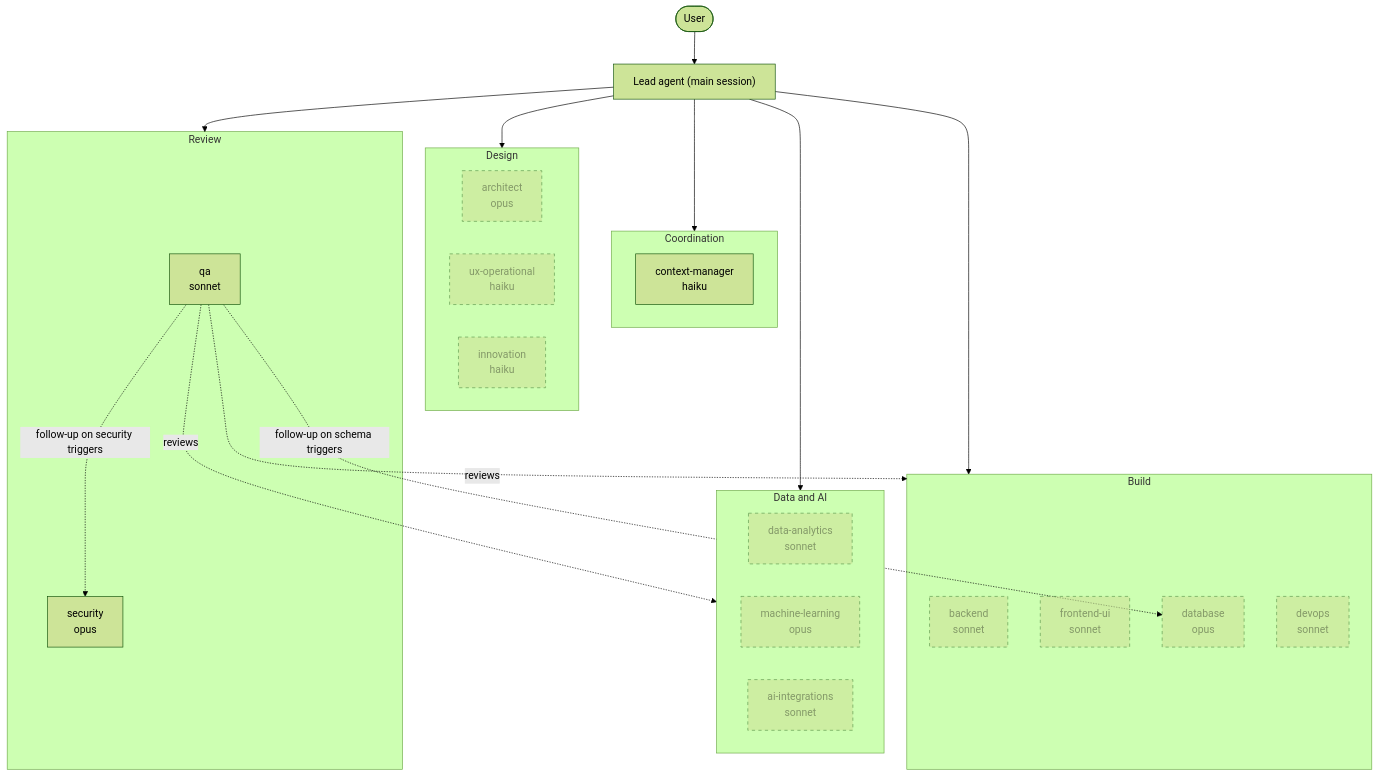
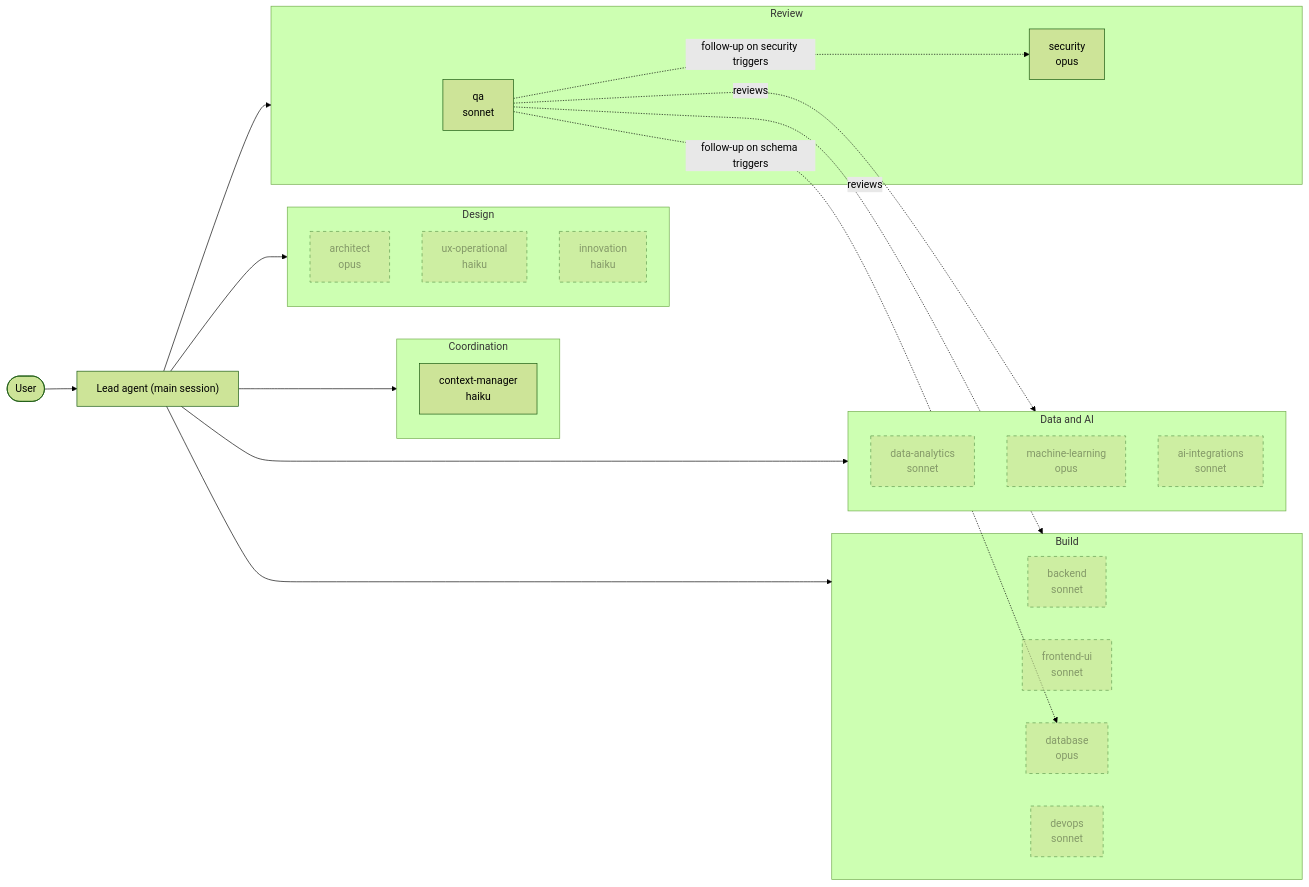
Before and after one commit to TomasBricenoBernal/agent-workflow-protocol: the diagram in README.md, drawn with Mermaid (forest theme). The commit also changed 1 other file, not shown here.

Commit message:
fix: lay the organization chart out left to right so it fits the page

````diff
--- a/README.md
+++ b/README.md
@@ -199,38 +199,38 @@
 ```mermaid
-flowchart TD
+flowchart LR
     user(["User"]) --> lead["Lead agent (main session)"]
     subgraph area_Coordination["Coordination"]
         context_manager["context-manager<br/>haiku"]
     end
     lead --> area_Coordination
     subgraph area_Design["Design"]
         architect["architect<br/>opus"]
         ux_operational["ux-operational<br/>haiku"]
         innovation["innovation<br/>haiku"]
     end
     lead --> area_Design
     subgraph area_Build["Build"]
         backend["backend<br/>sonnet"]
         frontend_ui["frontend-ui<br/>sonnet"]
         database["database<br/>opus"]
         devops["devops<br/>sonnet"]
     end
     lead --> area_Build
     subgraph area_Data_and_AI["Data and AI"]
         data_analytics["data-analytics<br/>sonnet"]
         machine_learning["machine-learning<br/>opus"]
         ai_integrations["ai-integrations<br/>sonnet"]
     end
     lead --> area_Data_and_AI
     subgraph area_Review["Review"]
         qa["qa<br/>sonnet"]
         security["security<br/>opus"]
     end
     lead --> area_Review
     qa -. "reviews" .-> area_Build
     qa -. "reviews" .-> area_Data_and_AI
     qa -. "follow-up on security triggers" .-> security
     qa -. "follow-up on schema triggers" .-> database
     classDef catalog stroke-dasharray: 5 5,opacity:0.6
     class architect,ux_operational,innovation,backend,frontend_ui,database,devops,data_analytics,machine_learning,ai_integrations catalog
 ```
````
